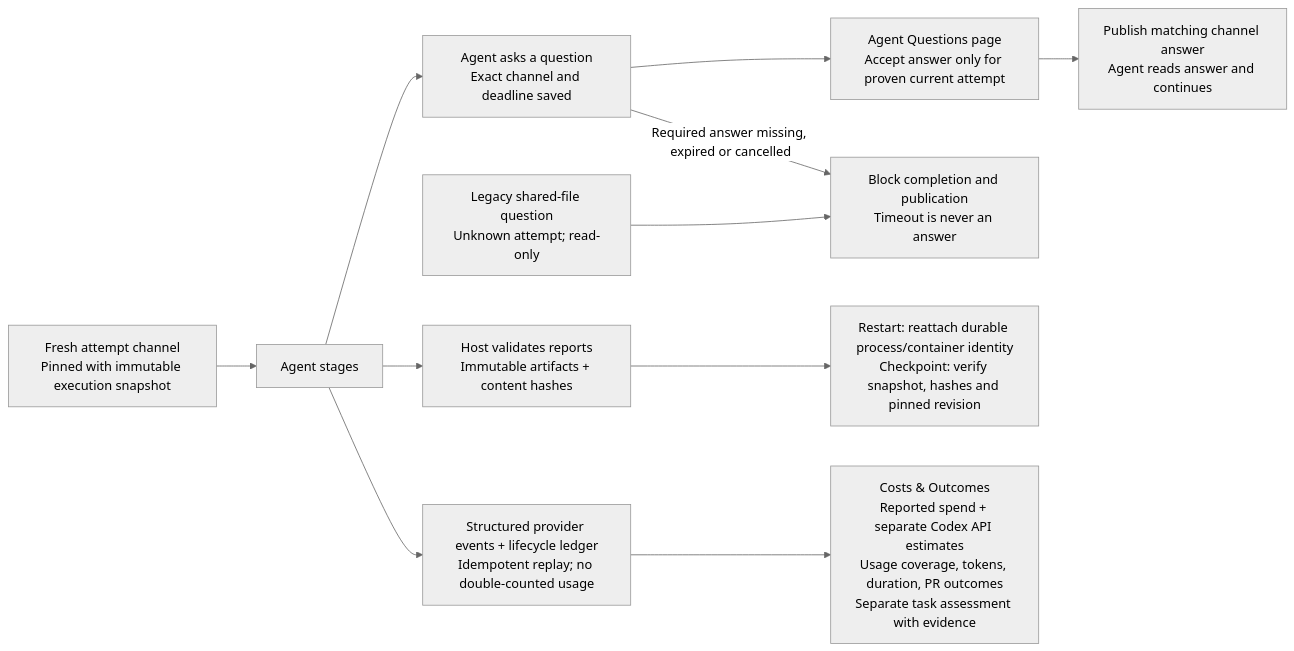
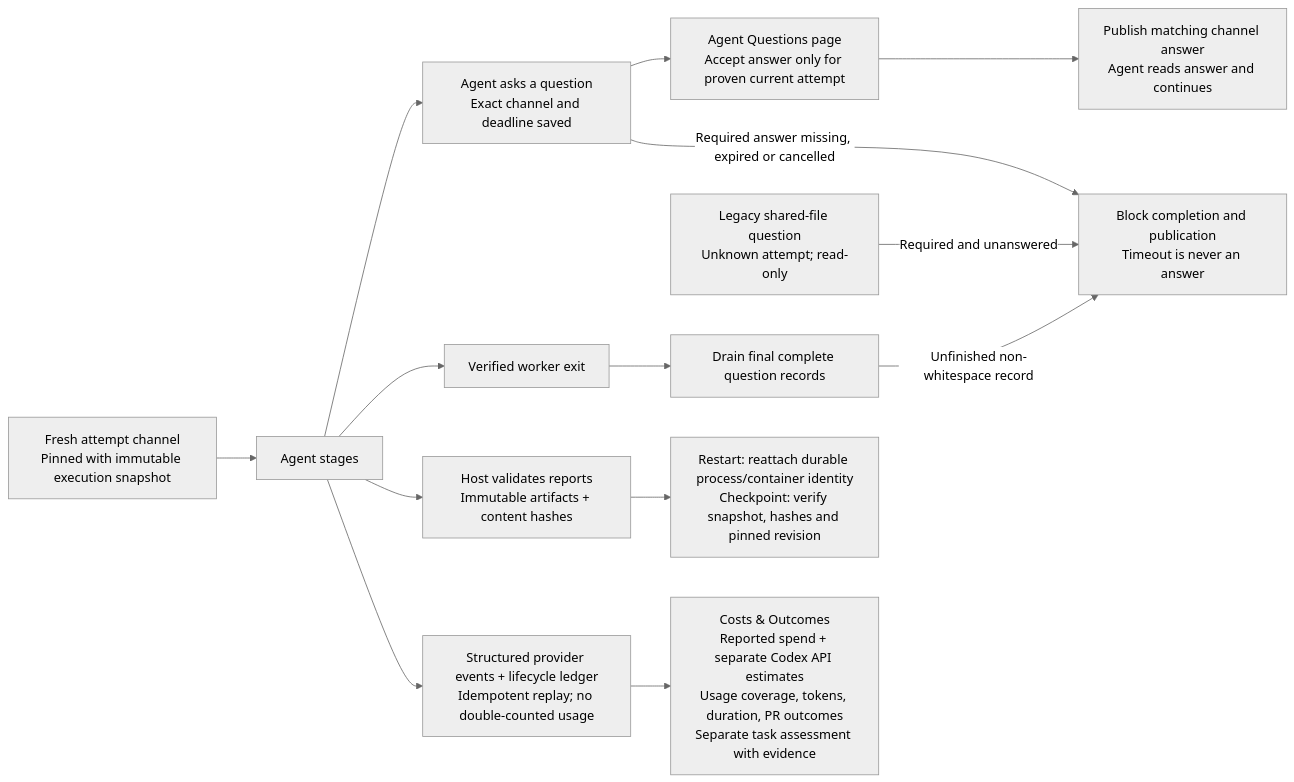
Before and after one commit to nloehlein-godaddy/helmsman: the fifth of 5 diagrams in docs/helmsman-process.md, drawn with Mermaid (neutral theme). The commit also changed other lines of this file and 12 other files, not shown here.

Commit message:
fix: drain final clarification records before attempt completion

````diff
--- a/docs/helmsman-process.md
+++ b/docs/helmsman-process.md
@@ -119,13 +123,16 @@
 ```mermaid
 flowchart LR
     Channel[Fresh attempt channel<br/>Pinned with immutable execution snapshot] --> Stage[Agent stages]
     Stage --> Question[Agent asks a question<br/>Exact channel and deadline saved]
+    Stage --> Exit[Verified worker exit]
+    Exit --> Drain[Drain final complete question records]
+    Drain -->|Unfinished non-whitespace record| Block
     Question --> Human[Agent Questions page<br/>Accept answer only for proven current attempt]
     Human --> Continue[Publish matching channel answer<br/>Agent reads answer and continues]
-    Legacy[Legacy shared-file question<br/>Unknown attempt; read-only] --> Block
+    Legacy[Legacy shared-file question<br/>Unknown attempt; read-only] -->|Required and unanswered| Block
     Question -->|Required answer missing, expired or cancelled| Block[Block completion and publication<br/>Timeout is never an answer]
     Stage --> Evidence[Host validates reports<br/>Immutable artifacts + content hashes]
     Evidence --> Recovery[Restart: reattach durable process/container identity<br/>Checkpoint: verify snapshot, hashes and pinned revision]
     Stage --> Usage[Structured provider events + lifecycle ledger<br/>Idempotent replay; no double-counted usage]
     Usage --> Outcomes[Costs & Outcomes<br/>Reported spend + separate Codex API estimates<br/>Usage coverage, tokens, duration, PR outcomes<br/>Separate task assessment with evidence]
 ```
````
